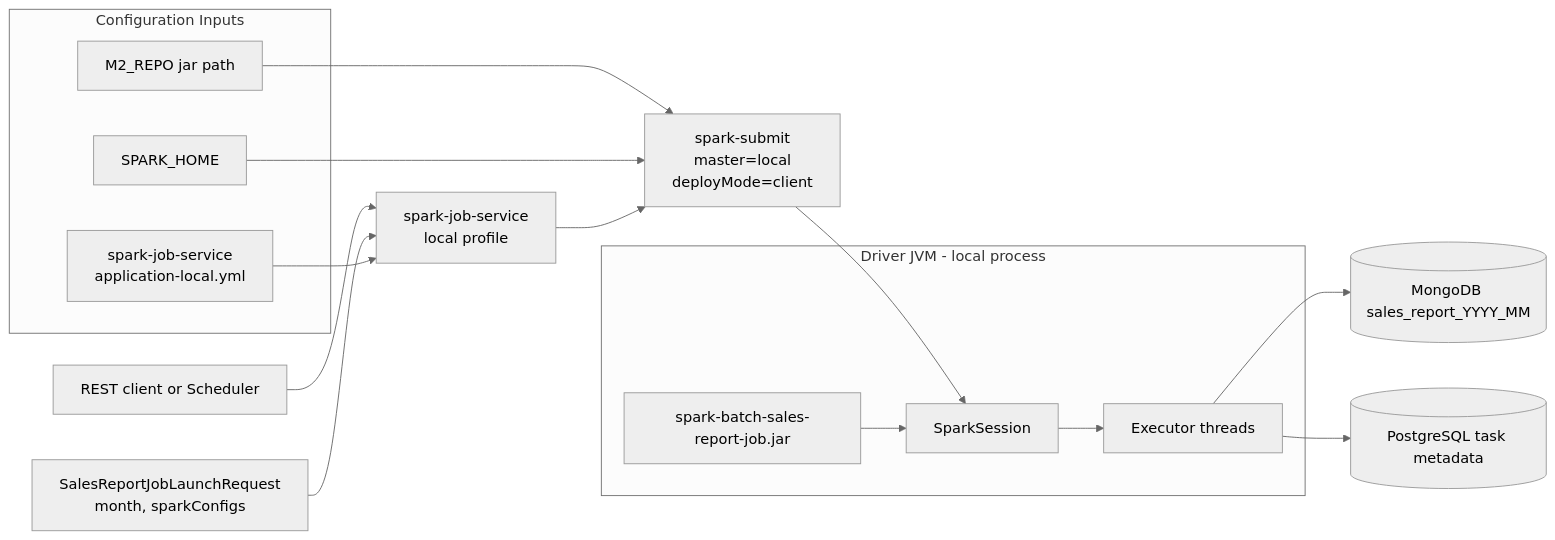
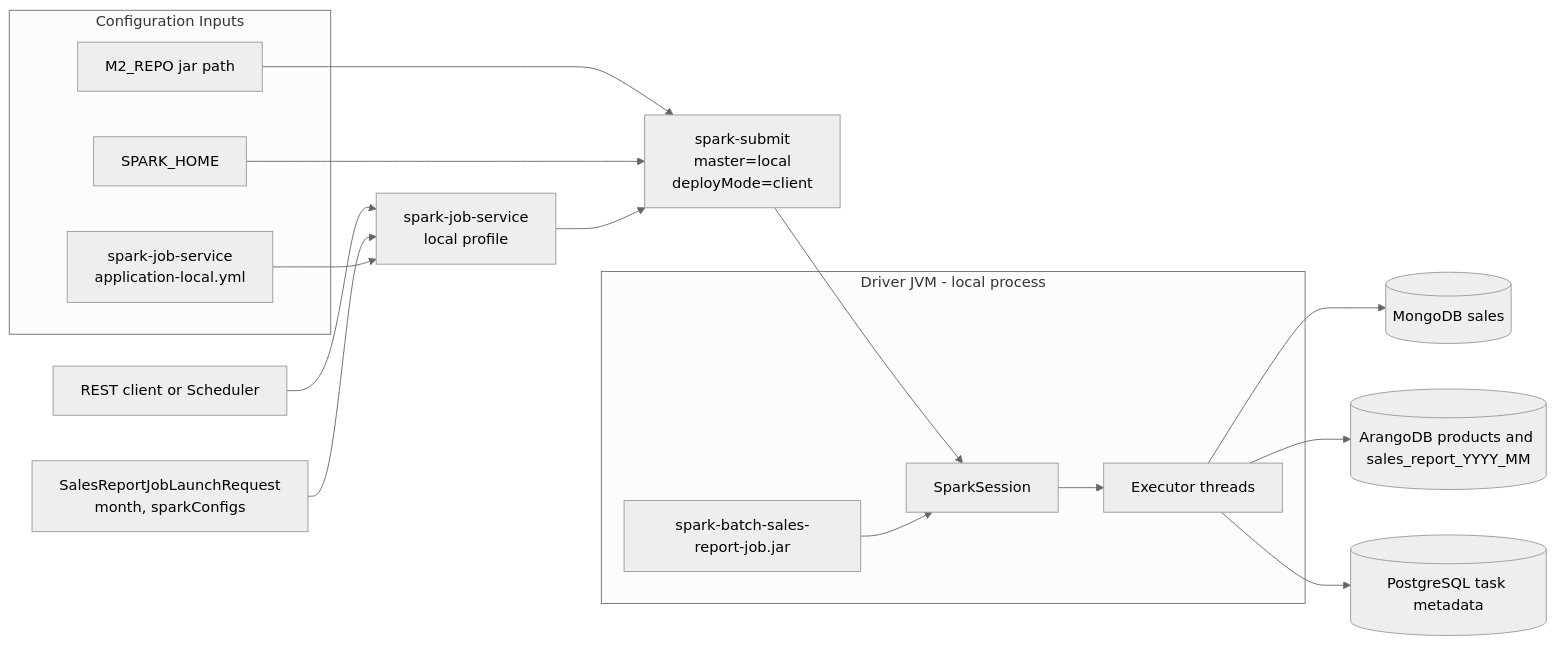
Before and after one commit to paulchen8206/Spark-Platform-on-Kubernetes-with-Spring-Boot: the fifth of 6 diagrams in docs/ARCHITECTURE.md, drawn with Mermaid (neutral theme). The commit also changed other lines of this file and 9 other files, not shown here.

````diff
--- a/docs/ARCHITECTURE.md
+++ b/docs/ARCHITECTURE.md
@@ -83,30 +84,31 @@
 ```mermaid
 flowchart LR
   User[REST client or Scheduler] --> SVC[spark-job-service\nlocal profile]
   Req[SalesReportJobLaunchRequest\nmonth, sparkConfigs] --> SVC
 
   subgraph Configs[Configuration Inputs]
     C1[spark-job-service\napplication-local.yml]
     C2[M2_REPO jar path]
     C3[SPARK_HOME]
   end
 
   C1 --> SVC
   C2 --> Submit
   C3 --> Submit
 
   SVC --> Submit[spark-submit\nmaster=local\ndeployMode=client]
 
   subgraph JVM["Driver JVM - local process"]
     SS[SparkSession]
     EX[Executor threads]
     JAR[spark-batch-sales-report-job.jar]
   end
 
   Submit --> SS
   SS --> EX
   JAR --> SS
 
-  EX --> Mongo[(MongoDB sales_report_YYYY_MM)]
+  EX --> Mongo[(MongoDB sales)]
+  EX --> Arango[(ArangoDB products and sales_report_YYYY_MM)]
   EX --> Postgres[(PostgreSQL task metadata)]
 ```
````
